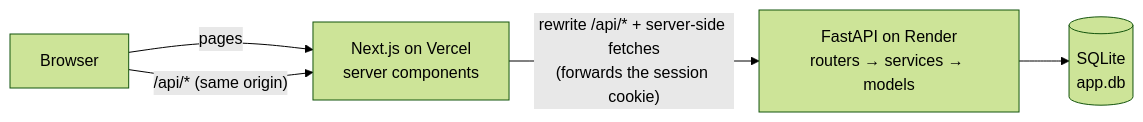
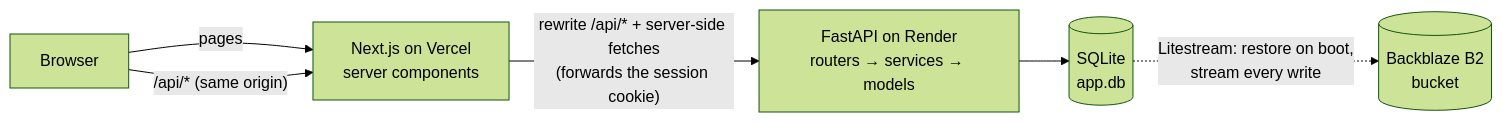
Before and after one commit to ANIRUDDH-001/Airbnb-clone: the first of 2 diagrams in README.md, drawn with Mermaid (forest theme). The commit also changed other lines of this file and 8 other files, not shown here.

````diff
--- a/README.md
+++ b/README.md
@@ -67,7 +67,8 @@
 ```mermaid
 flowchart LR
     B[Browser] -- "pages" --> N["Next.js on Vercel<br/>server components"]
     B -- "/api/* (same origin)" --> N
     N -- "rewrite /api/* + server-side fetches<br/>(forwards the session cookie)" --> F["FastAPI on Render<br/>routers → services → models"]
     F --> D[("SQLite<br/>app.db")]
+    D -. "Litestream: restore on boot,<br/>stream every write" .-> S[("Backblaze B2<br/>bucket")]
 ```
````
